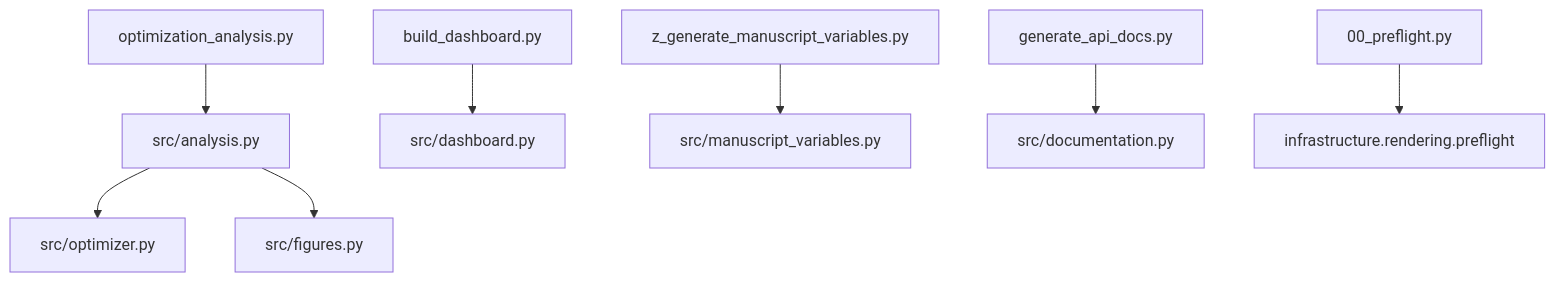
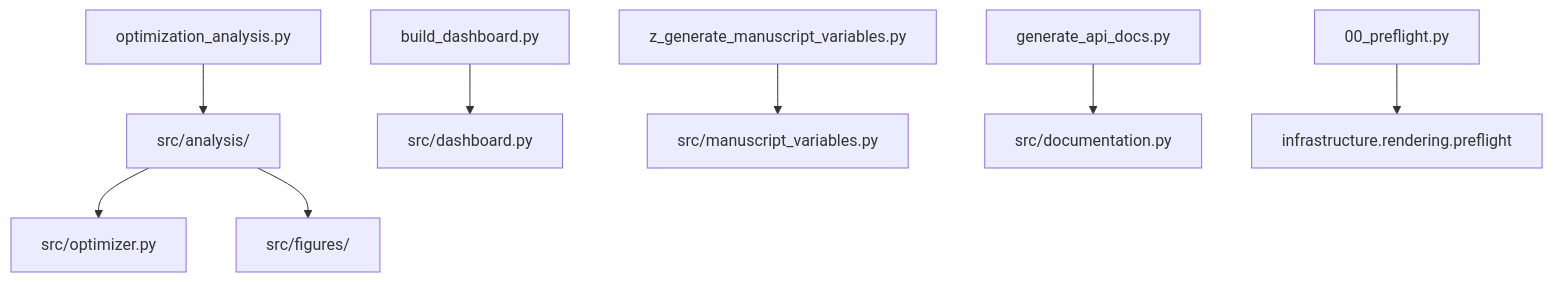
The diagram in projects/template_code_project/scripts/README.md (docxology/template), drawn with Mermaid before and after one commit. The commit also changed 580 other files, not shown here.

````diff
--- a/projects/template_code_project/scripts/README.md
+++ b/projects/template_code_project/scripts/README.md
@@ -53,10 +53,10 @@
 ```mermaid
 graph TD
-    OA[optimization_analysis.py] --> SA[src/analysis.py]
+    OA[optimization_analysis.py] --> SA[src/analysis/]
     BD[build_dashboard.py] --> SD[src/dashboard.py]
     ZGEN[z_generate_manuscript_variables.py] --> MV[src/manuscript_variables.py]
     SA --> OPT[src/optimizer.py]
-    SA --> FIG[src/figures.py]
+    SA --> FIG[src/figures/]
     GD[generate_api_docs.py] --> DOC[src/documentation.py]
     PF[00_preflight.py] --> INFRA[infrastructure.rendering.preflight]
 ```
````
